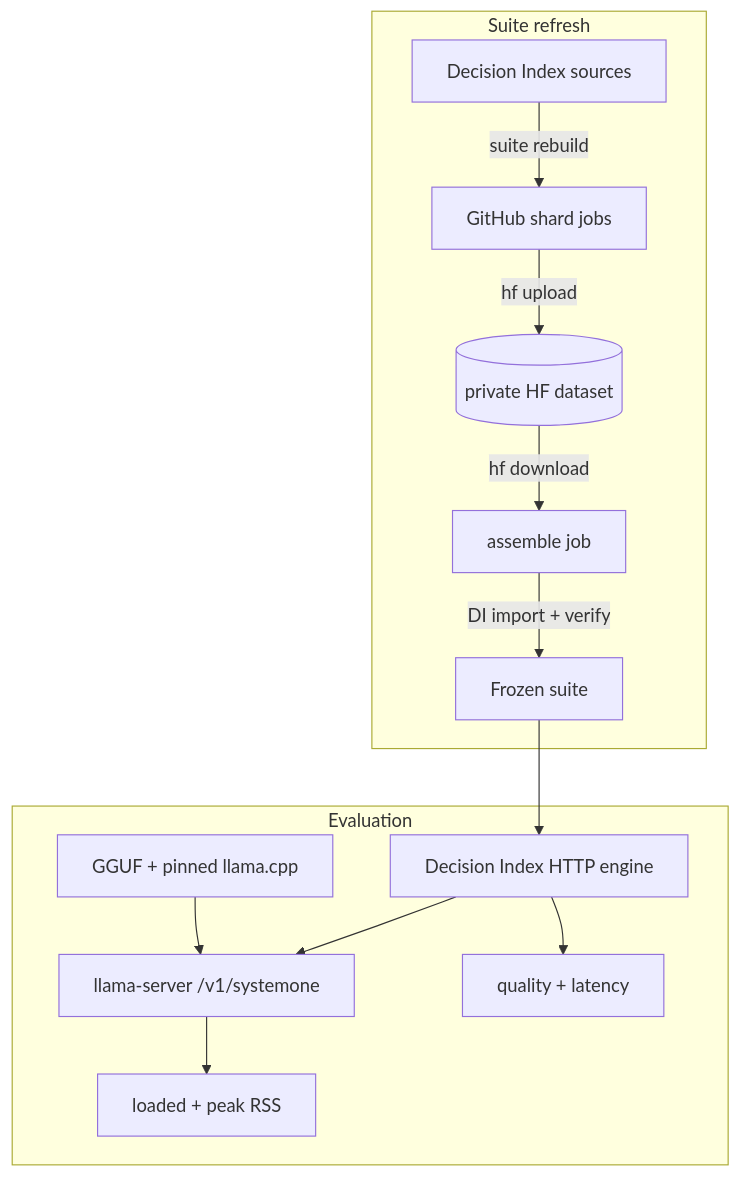
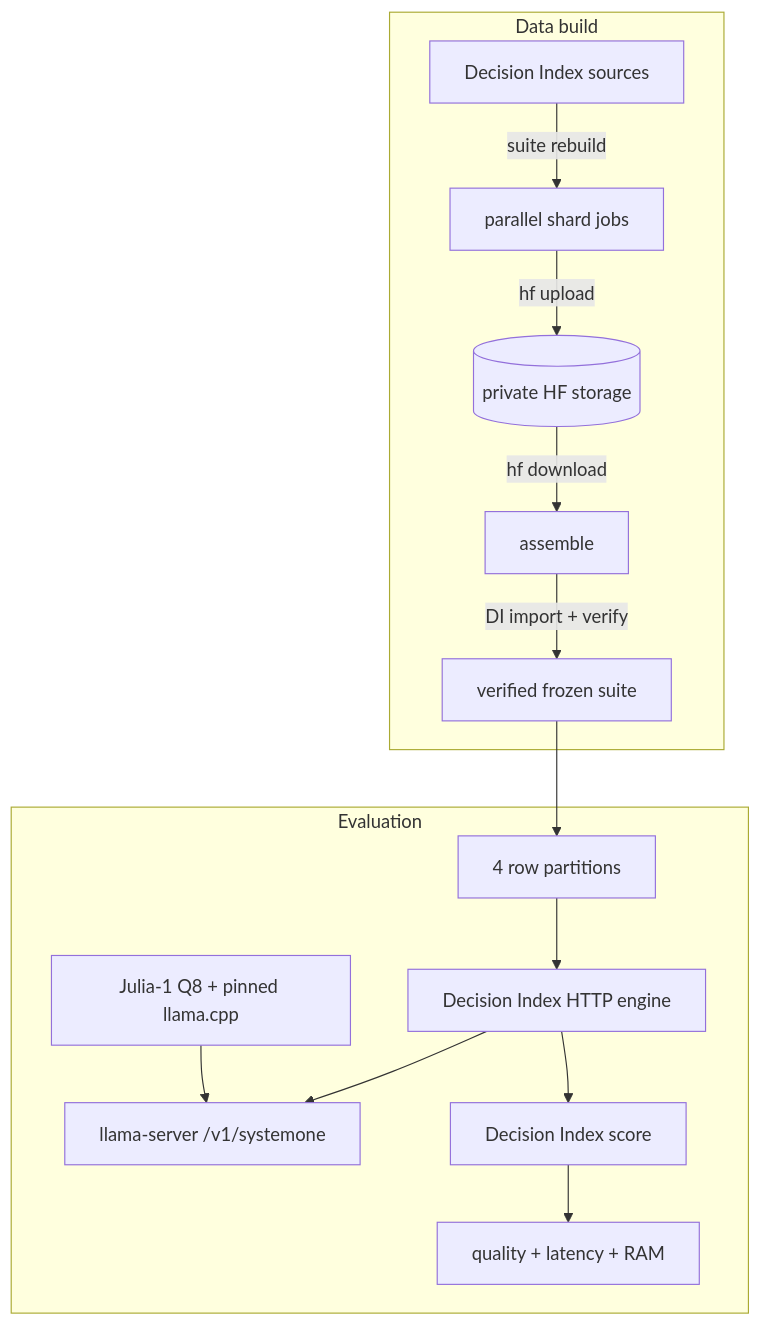
Before and after one commit to datGryphon/systemone-eval: the diagram in .github/README.md, drawn with Mermaid. The commit also changed other lines of this file, not shown here.

Commit message:
docs: document full pipeline and PR storage lifecycle

````diff
--- a/.github/README.md
+++ b/.github/README.md
@@ -7,30 +11,31 @@
 ```mermaid
 flowchart TD
-    subgraph REFRESH["Suite refresh"]
+    subgraph BUILD["Data build"]
         DI[Decision Index sources]
-        SHARDS[GitHub shard jobs]
-        HF[(private HF dataset)]
-        ASSEMBLE[assemble job]
-        SUITE[Frozen suite]
+        SHARDS[parallel shard jobs]
+        STORE[(private HF storage)]
+        ASSEMBLE[assemble]
+        SUITE[verified frozen suite]
 
         DI -->|suite rebuild| SHARDS
-        SHARDS -->|hf upload| HF
-        HF -->|hf download| ASSEMBLE
+        SHARDS -->|hf upload| STORE
+        STORE -->|hf download| ASSEMBLE
         ASSEMBLE -->|DI import + verify| SUITE
     end
 
-    subgraph EVALUATION["Evaluation"]
-        MODEL[GGUF + pinned llama.cpp]
+    subgraph EVAL["Evaluation"]
+        SPLIT[4 row partitions]
+        MODEL[Julia-1 Q8 + pinned llama.cpp]
         SERVER[llama-server /v1/systemone]
-        EVAL[Decision Index HTTP engine]
-        RESULTS[quality + latency]
-        RAM[loaded + peak RSS]
+        ENGINE[Decision Index HTTP engine]
+        SCORE[Decision Index score]
+        RESULTS[quality + latency + RAM]
 
+        SUITE --> SPLIT
+        SPLIT --> ENGINE
         MODEL --> SERVER
-        EVAL --> SERVER
-        EVAL --> RESULTS
-        SERVER --> RAM
+        ENGINE --> SERVER
+        ENGINE --> SCORE
+        SCORE --> RESULTS
     end
-
-    SUITE --> EVAL
 ```
````
